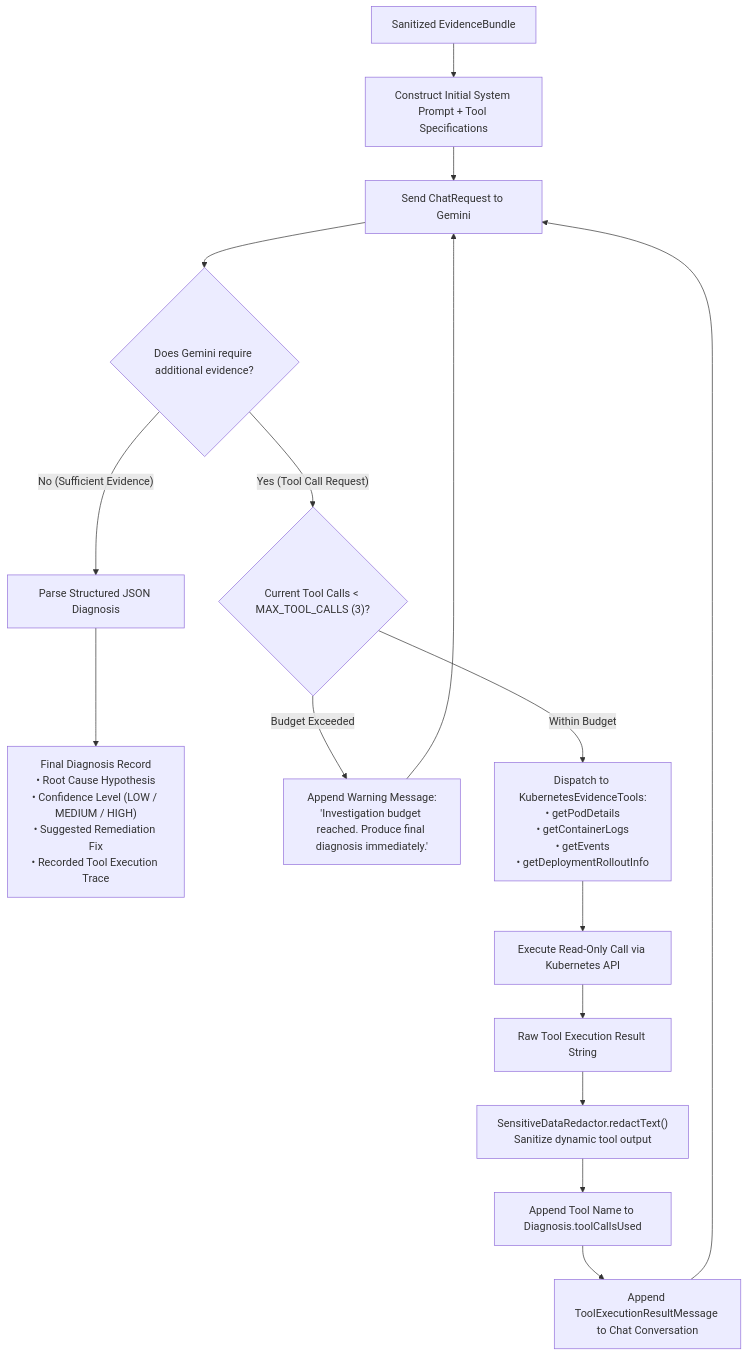
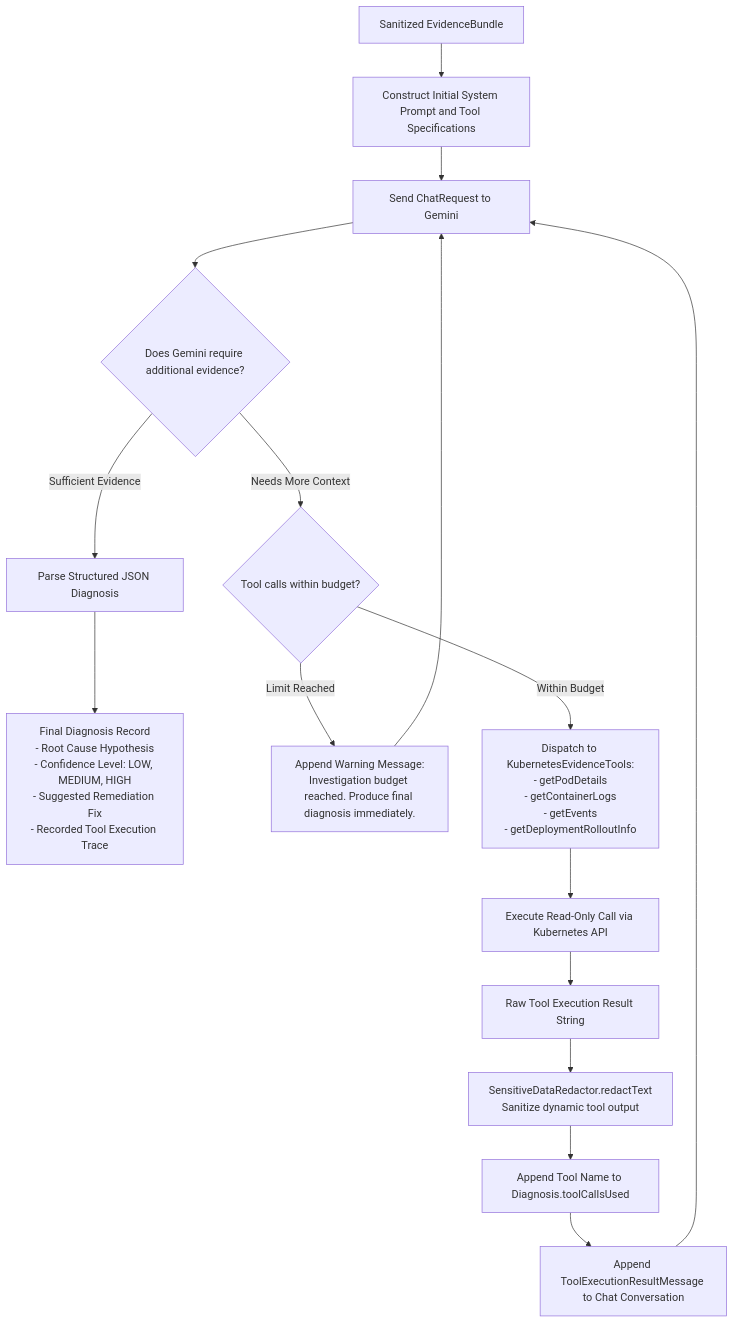
The third of 5 diagrams in README.md (Sharan-0-dot/kubeon), drawn with Mermaid before and after one commit. The commit also changed other lines of this file and 1 other file, not shown here.

Commit message:
docs: fix GitHub Mermaid diagram syntax errors

````diff
--- a/README.md
+++ b/README.md
@@ -166,24 +167,24 @@
 ```mermaid
 flowchart TD
-    START["Sanitized EvidenceBundle"] --> INIT_PROMPT["Construct Initial System Prompt + Tool Specifications"]
+    START["Sanitized EvidenceBundle"] --> INIT_PROMPT["Construct Initial System Prompt and Tool Specifications"]
     INIT_PROMPT --> CALL_GEMINI["Send ChatRequest to Gemini"]
     
     CALL_GEMINI --> DECISION{"Does Gemini require additional evidence?"}
 
-    DECISION -- "No (Sufficient Evidence)" --> PARSE_JSON["Parse Structured JSON Diagnosis"]
-    PARSE_JSON --> FINAL_DIAGNOSIS["Final Diagnosis Record<br/>• Root Cause Hypothesis<br/>• Confidence Level (LOW / MEDIUM / HIGH)<br/>• Suggested Remediation Fix<br/>• Recorded Tool Execution Trace"]
+    DECISION -- Sufficient Evidence --> PARSE_JSON["Parse Structured JSON Diagnosis"]
+    PARSE_JSON --> FINAL_DIAGNOSIS["Final Diagnosis Record<br/>- Root Cause Hypothesis<br/>- Confidence Level: LOW, MEDIUM, HIGH<br/>- Suggested Remediation Fix<br/>- Recorded Tool Execution Trace"]
 
-    DECISION -- "Yes (Tool Call Request)" --> BUDGET_CHECK{"Current Tool Calls < MAX_TOOL_CALLS (3)?"}
+    DECISION -- Needs More Context --> BUDGET_CHECK{"Tool calls within budget?"}
 
-    BUDGET_CHECK -- "Budget Exceeded" --> FORCE_FINAL["Append Warning Message:<br/>'Investigation budget reached. Produce final diagnosis immediately.'"]
+    BUDGET_CHECK -- Limit Reached --> FORCE_FINAL["Append Warning Message:<br/>Investigation budget reached. Produce final diagnosis immediately."]
     FORCE_FINAL --> CALL_GEMINI
 
-    BUDGET_CHECK -- "Within Budget" --> DISPATCH["Dispatch to KubernetesEvidenceTools:<br/>• getPodDetails<br/>• getContainerLogs<br/>• getEvents<br/>• getDeploymentRolloutInfo"]
+    BUDGET_CHECK -- Within Budget --> DISPATCH["Dispatch to KubernetesEvidenceTools:<br/>- getPodDetails<br/>- getContainerLogs<br/>- getEvents<br/>- getDeploymentRolloutInfo"]
 
     DISPATCH --> K8S_QUERY["Execute Read-Only Call via Kubernetes API"]
     K8S_QUERY --> RAW_OUTPUT["Raw Tool Execution Result String"]
-    RAW_OUTPUT --> REDACT_TOOL["SensitiveDataRedactor.redactText()<br/>Sanitize dynamic tool output"]
+    RAW_OUTPUT --> REDACT_TOOL["SensitiveDataRedactor.redactText<br/>Sanitize dynamic tool output"]
     REDACT_TOOL --> RECORD_TRACE["Append Tool Name to Diagnosis.toolCallsUsed"]
     RECORD_TRACE --> APPEND_MSG["Append ToolExecutionResultMessage to Chat Conversation"]
     APPEND_MSG --> CALL_GEMINI
 ```
````
